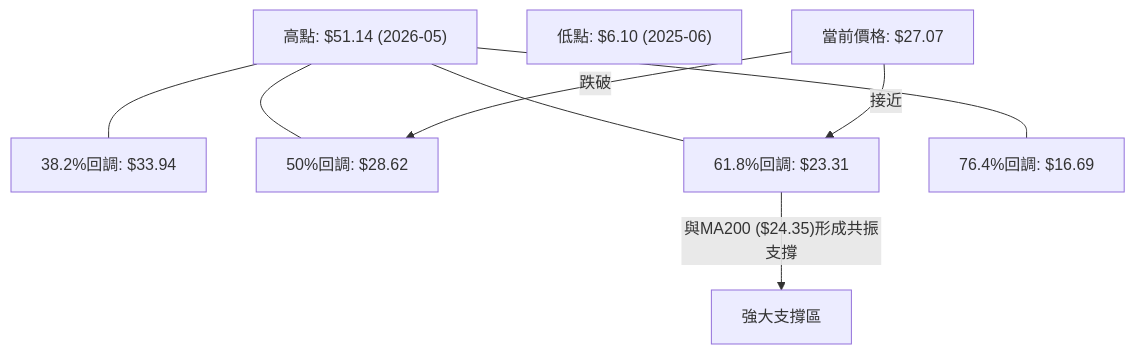
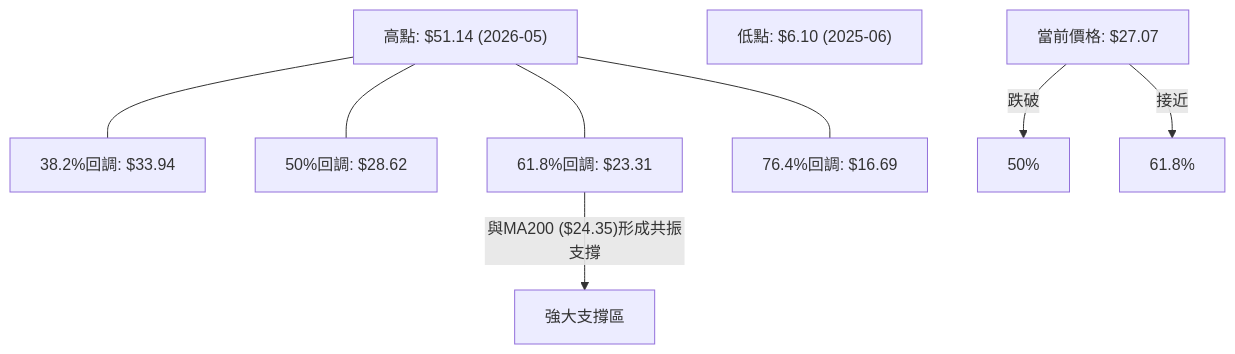
The fifth of 6 diagrams in ai_gen_report/stock/pl/technical_analysis_2026-06-27_gemini.md (yennanliu/finance_data), drawn with Mermaid before and after one commit. The commit also changed other lines of this file and 2169 other files, not shown here.

First line of the commit message:
chore: re-run Mermaid backfill with semicolon-reference fix

````diff
--- a/ai_gen_report/stock/pl/technical_analysis_2026-06-27_gemini.md
+++ b/ai_gen_report/stock/pl/technical_analysis_2026-06-27_gemini.md
@@ -409,15 +409,15 @@
 ```mermaid
 graph TD
     High["高點: $51.14 (2026-05)"]
     Low["低點: $6.10 (2025-06)"]
     CurrentPrice["當前價格: $27.07"]
 
     High --- 38.2%["38.2%回調: $33.94"]
     High --- 50%["50%回調: $28.62"]
     High --- 61.8%["61.8%回調: $23.31"]
     High --- 76.4%["76.4%回調: $16.69"]
 
-    CurrentPrice -- 跌破 --> 50%
-    CurrentPrice -- 接近 --> 61.8%
+    CurrentPrice -- 跌破 --> nb1["50%"]
+    CurrentPrice -- 接近 --> nb2["61.8%"]
     61.8% -- "與MA200 ($24.35)形成共振支撐" --> StrongSupport["強大支撐區"]
 ```
````
